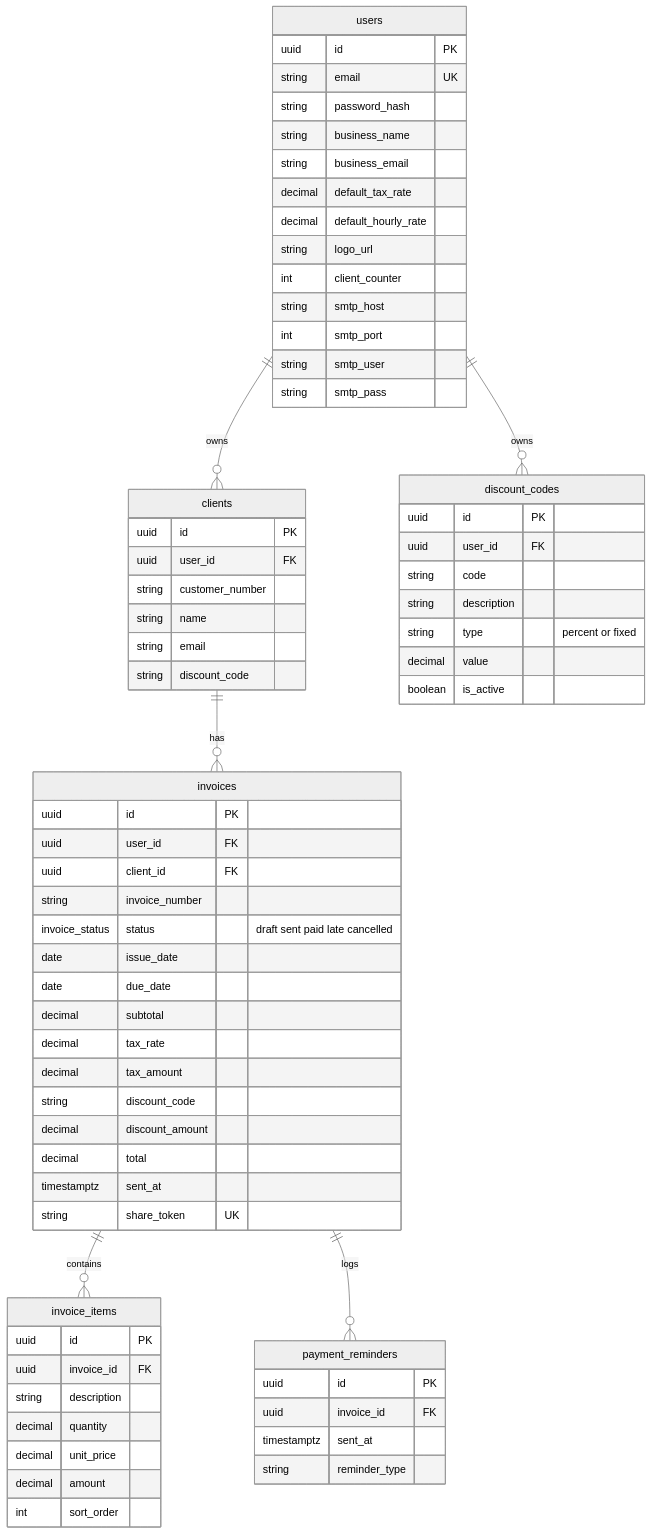
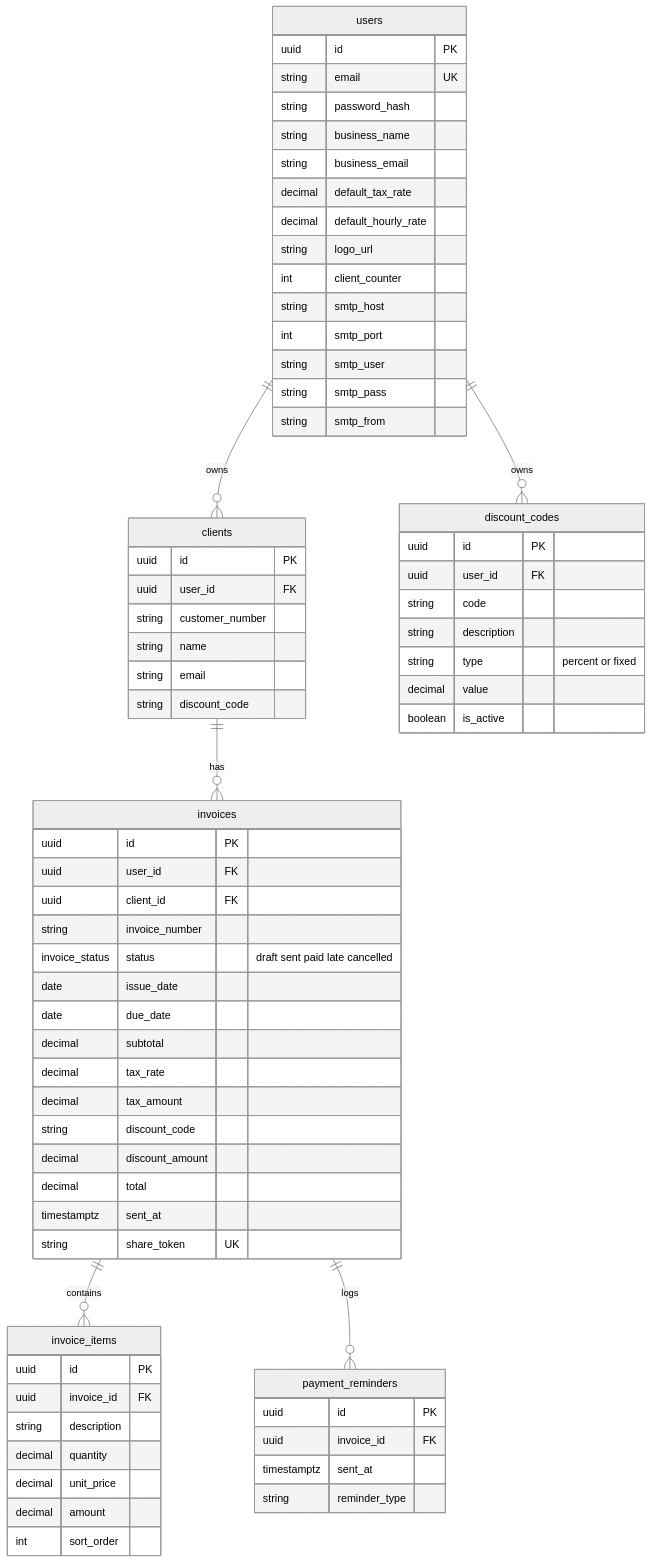
One commit to becomeonewiththecode/invoicing changed the diagram in docs/database/diagram.md. Above: the diagram before and after it, drawn with Mermaid (neutral theme). The commit also changed 5 other files, not shown here.

````diff
--- a/docs/database/diagram.md
+++ b/docs/database/diagram.md
@@ -3,78 +3,79 @@
 ```mermaid
 erDiagram
   users ||--o{ clients : owns
   users ||--o{ discount_codes : owns
   clients ||--o{ invoices : has
   invoices ||--o{ invoice_items : contains
   invoices ||--o{ payment_reminders : logs
 
   users {
     uuid id PK
     string email UK
     string password_hash
     string business_name
     string business_email
     decimal default_tax_rate
     decimal default_hourly_rate
     string logo_url
     int client_counter
     string smtp_host
     int smtp_port
     string smtp_user
     string smtp_pass
+    string smtp_from
   }
 
   clients {
     uuid id PK
     uuid user_id FK
     string customer_number
     string name
     string email
     string discount_code
   }
 
   invoices {
     uuid id PK
     uuid user_id FK
     uuid client_id FK
     string invoice_number
     invoice_status status "draft sent paid late cancelled"
     date issue_date
     date due_date
     decimal subtotal
     decimal tax_rate
     decimal tax_amount
     string discount_code
     decimal discount_amount
     decimal total
     timestamptz sent_at
     string share_token UK
   }
 
   invoice_items {
     uuid id PK
     uuid invoice_id FK
     string description
     decimal quantity
     decimal unit_price
     decimal amount
     int sort_order
   }
 
   discount_codes {
     uuid id PK
     uuid user_id FK
     string code
     string description
     string type "percent or fixed"
     decimal value
     boolean is_active
   }
 
   payment_reminders {
     uuid id PK
     uuid invoice_id FK
     timestamptz sent_at
     string reminder_type
   }
 ```
````
